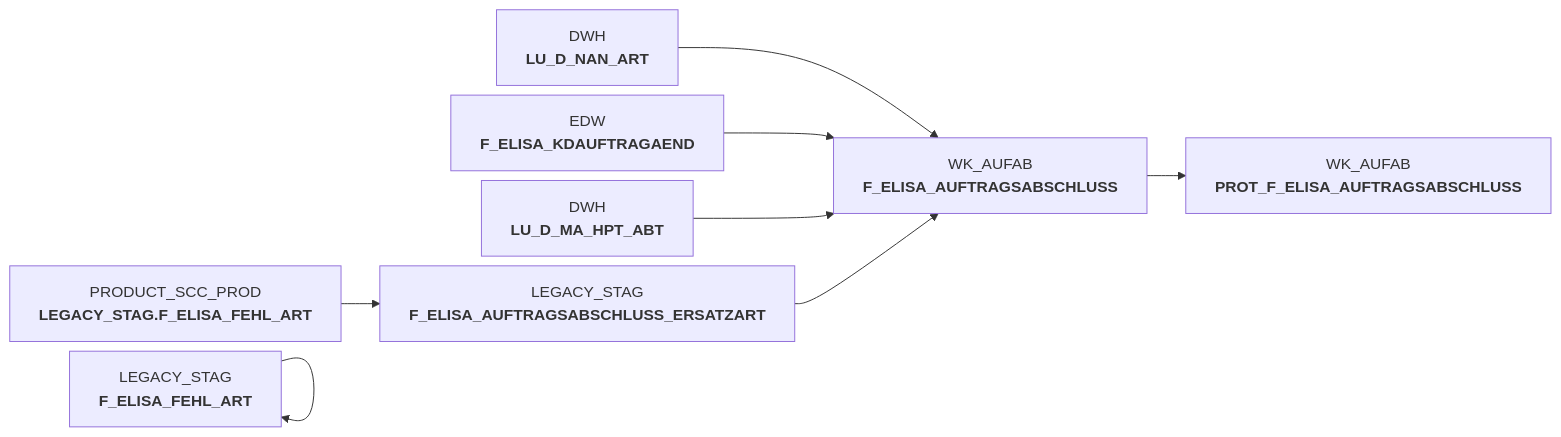
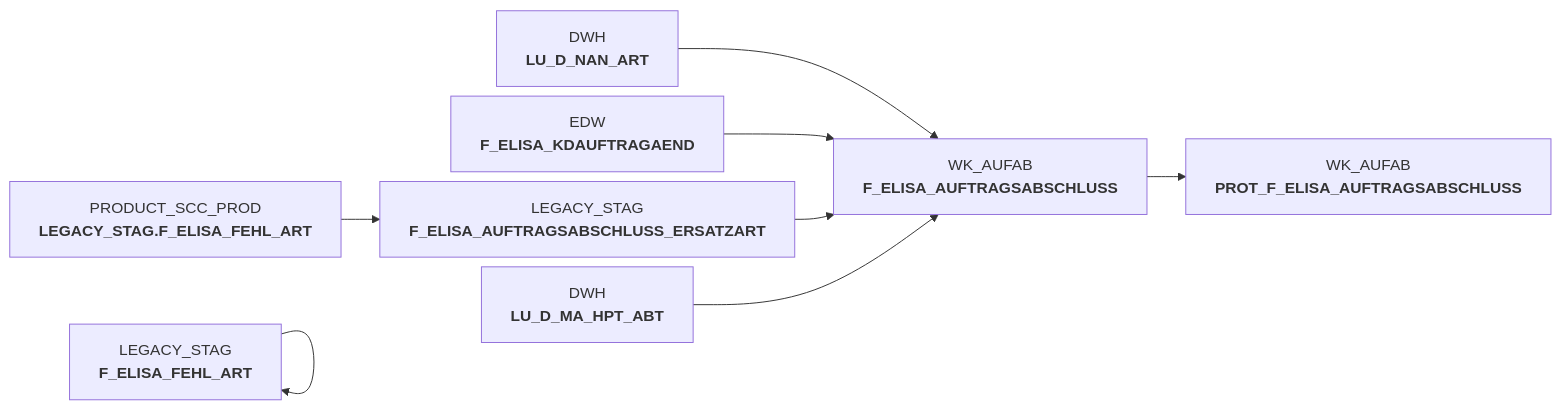
The diagram in docs/Applications/DWELISAAUFTRAB/snow_auftragsabschlussmeldung_fa_mapping.sas.md (integration-factory-de/sas_code_docs), drawn with Mermaid before and after one commit. The commit also changed other lines of this file and 129 other files, not shown here.

````diff
--- a/docs/Applications/DWELISAAUFTRAB/snow_auftragsabschlussmeldung_fa_mapping.sas.md
+++ b/docs/Applications/DWELISAAUFTRAB/snow_auftragsabschlussmeldung_fa_mapping.sas.md
@@ -9,24 +45,24 @@
 ```mermaid
 %%{init: {'flowchart': { 'nodeSpacing': 10, 'rankSpacing': 40, 'rankdir': 'TB' }}}%%
 
 flowchart LR
 
+  PRODUCT_SCC_PROD.LEGACY_STAG.F_ELISA_FEHL_ART["PRODUCT_SCC_PROD<br/><b>LEGACY_STAG.F_ELISA_FEHL_ART</b>"] --> LEGACY_STAG.F_ELISA_AUFTRAGSABSCHLUSS_ERSATZART["LEGACY_STAG<br/><b>F_ELISA_AUFTRAGSABSCHLUSS_ERSATZART</b>"]
+  WK_AUFAB.F_ELISA_AUFTRAGSABSCHLUSS["WK_AUFAB<br/><b>F_ELISA_AUFTRAGSABSCHLUSS</b>"] --> WK_AUFAB.PROT_F_ELISA_AUFTRAGSABSCHLUSS["WK_AUFAB<br/><b>PROT_F_ELISA_AUFTRAGSABSCHLUSS</b>"]
   DWH.LU_D_NAN_ART["DWH<br/><b>LU_D_NAN_ART</b>"] --> WK_AUFAB.F_ELISA_AUFTRAGSABSCHLUSS["WK_AUFAB<br/><b>F_ELISA_AUFTRAGSABSCHLUSS</b>"]
   EDW.F_ELISA_KDAUFTRAGAEND["EDW<br/><b>F_ELISA_KDAUFTRAGAEND</b>"] --> WK_AUFAB.F_ELISA_AUFTRAGSABSCHLUSS["WK_AUFAB<br/><b>F_ELISA_AUFTRAGSABSCHLUSS</b>"]
-  WK_AUFAB.F_ELISA_AUFTRAGSABSCHLUSS["WK_AUFAB<br/><b>F_ELISA_AUFTRAGSABSCHLUSS</b>"] --> WK_AUFAB.PROT_F_ELISA_AUFTRAGSABSCHLUSS["WK_AUFAB<br/><b>PROT_F_ELISA_AUFTRAGSABSCHLUSS</b>"]
+  LEGACY_STAG.F_ELISA_AUFTRAGSABSCHLUSS_ERSATZART["LEGACY_STAG<br/><b>F_ELISA_AUFTRAGSABSCHLUSS_ERSATZART</b>"] --> WK_AUFAB.F_ELISA_AUFTRAGSABSCHLUSS["WK_AUFAB<br/><b>F_ELISA_AUFTRAGSABSCHLUSS</b>"]
   LEGACY_STAG.F_ELISA_FEHL_ART["LEGACY_STAG<br/><b>F_ELISA_FEHL_ART</b>"] --> LEGACY_STAG.F_ELISA_FEHL_ART["LEGACY_STAG<br/><b>F_ELISA_FEHL_ART</b>"]
   DWH.LU_D_MA_HPT_ABT["DWH<br/><b>LU_D_MA_HPT_ABT</b>"] --> WK_AUFAB.F_ELISA_AUFTRAGSABSCHLUSS["WK_AUFAB<br/><b>F_ELISA_AUFTRAGSABSCHLUSS</b>"]
-  LEGACY_STAG.F_ELISA_AUFTRAGSABSCHLUSS_ERSATZART["LEGACY_STAG<br/><b>F_ELISA_AUFTRAGSABSCHLUSS_ERSATZART</b>"] --> WK_AUFAB.F_ELISA_AUFTRAGSABSCHLUSS["WK_AUFAB<br/><b>F_ELISA_AUFTRAGSABSCHLUSS</b>"]
-  PRODUCT_SCC_PROD.LEGACY_STAG.F_ELISA_FEHL_ART["PRODUCT_SCC_PROD<br/><b>LEGACY_STAG.F_ELISA_FEHL_ART</b>"] --> LEGACY_STAG.F_ELISA_AUFTRAGSABSCHLUSS_ERSATZART["LEGACY_STAG<br/><b>F_ELISA_AUFTRAGSABSCHLUSS_ERSATZART</b>"]
+  click PRODUCT_SCC_PROD.LEGACY_STAG.F_ELISA_FEHL_ART "../../tables/PRODUCT_SCC_PROD/LEGACY_STAG.F_ELISA_FEHL_ART"
+  click WK_AUFAB.F_ELISA_AUFTRAGSABSCHLUSS "../../tables/WK_AUFAB/F_ELISA_AUFTRAGSABSCHLUSS"
   click DWH.LU_D_NAN_ART "../../tables/DWH/LU_D_NAN_ART"
   click EDW.F_ELISA_KDAUFTRAGAEND "../../tables/EDW/F_ELISA_KDAUFTRAGAEND"
-  click WK_AUFAB.F_ELISA_AUFTRAGSABSCHLUSS "../../tables/WK_AUFAB/F_ELISA_AUFTRAGSABSCHLUSS"
+  click LEGACY_STAG.F_ELISA_AUFTRAGSABSCHLUSS_ERSATZART "../../tables/LEGACY_STAG/F_ELISA_AUFTRAGSABSCHLUSS_ERSATZART"
   click LEGACY_STAG.F_ELISA_FEHL_ART "../../tables/LEGACY_STAG/F_ELISA_FEHL_ART"
   click DWH.LU_D_MA_HPT_ABT "../../tables/DWH/LU_D_MA_HPT_ABT"
   click LEGACY_STAG.F_ELISA_AUFTRAGSABSCHLUSS_ERSATZART "../../tables/LEGACY_STAG/F_ELISA_AUFTRAGSABSCHLUSS_ERSATZART"
-  click PRODUCT_SCC_PROD.LEGACY_STAG.F_ELISA_FEHL_ART "../../tables/PRODUCT_SCC_PROD/LEGACY_STAG.F_ELISA_FEHL_ART"
   click WK_AUFAB.F_ELISA_AUFTRAGSABSCHLUSS "../../tables/WK_AUFAB/F_ELISA_AUFTRAGSABSCHLUSS"
   click WK_AUFAB.PROT_F_ELISA_AUFTRAGSABSCHLUSS "../../tables/WK_AUFAB/PROT_F_ELISA_AUFTRAGSABSCHLUSS"
   click LEGACY_STAG.F_ELISA_FEHL_ART "../../tables/LEGACY_STAG/F_ELISA_FEHL_ART"
-  click LEGACY_STAG.F_ELISA_AUFTRAGSABSCHLUSS_ERSATZART "../../tables/LEGACY_STAG/F_ELISA_AUFTRAGSABSCHLUSS_ERSATZART"
 ```
````
